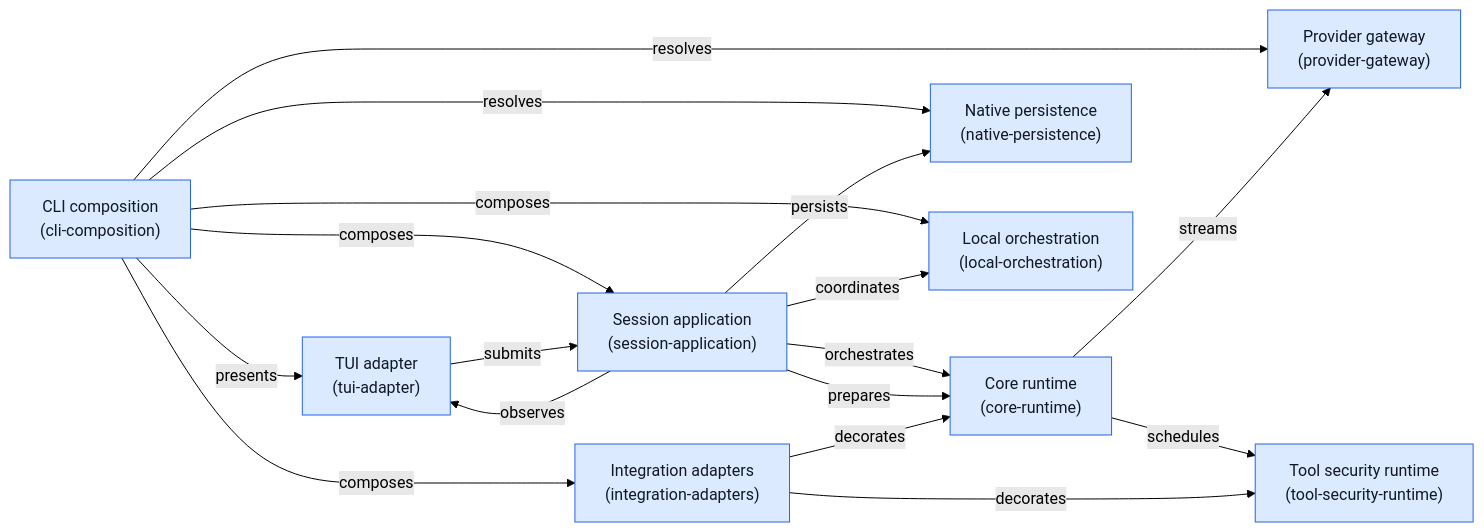
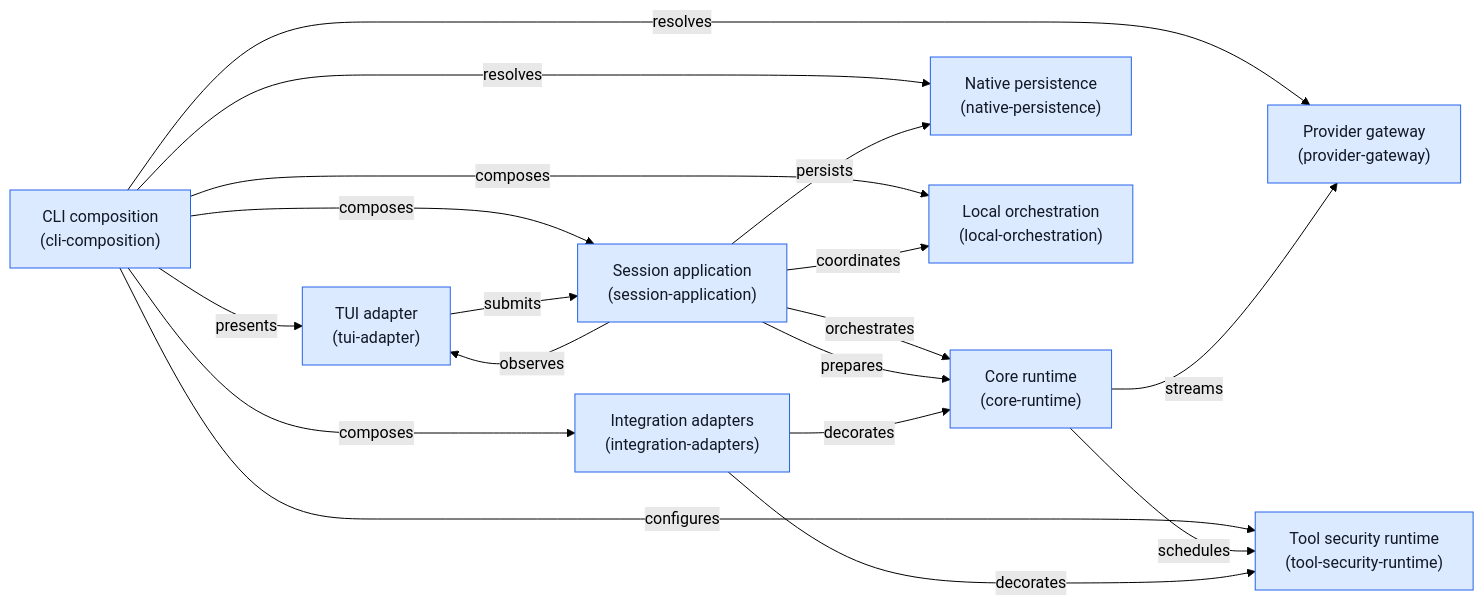
Before and after one commit to Forest-Isle/Praxis: the diagram in docs/architecture/modules.md, drawn with Mermaid (forest theme). The commit also changed other lines of this file and 18 other files, not shown here.

````diff
--- a/docs/architecture/modules.md
+++ b/docs/architecture/modules.md
@@ -5,41 +5,42 @@
 ```mermaid
 flowchart LR
     n_636c692d636f6d706f736974696f6e["CLI composition\n(cli-composition)"]
     n_7475692d61646170746572["TUI adapter\n(tui-adapter)"]
     n_73657373696f6e2d6170706c69636174696f6e["Session application\n(session-application)"]
     n_636f72652d72756e74696d65["Core runtime\n(core-runtime)"]
     n_746f6f6c2d73656375726974792d72756e74696d65["Tool security runtime\n(tool-security-runtime)"]
     n_70726f76696465722d67617465776179["Provider gateway\n(provider-gateway)"]
     n_6e61746976652d70657273697374656e6365["Native persistence\n(native-persistence)"]
     n_696e746567726174696f6e2d6164617074657273["Integration adapters\n(integration-adapters)"]
     n_6c6f63616c2d6f726368657374726174696f6e["Local orchestration\n(local-orchestration)"]
     n_636c692d636f6d706f736974696f6e -->|presents| n_7475692d61646170746572
     n_636c692d636f6d706f736974696f6e -->|composes| n_73657373696f6e2d6170706c69636174696f6e
+    n_636c692d636f6d706f736974696f6e -->|configures| n_746f6f6c2d73656375726974792d72756e74696d65
     n_636c692d636f6d706f736974696f6e -->|resolves| n_70726f76696465722d67617465776179
     n_636c692d636f6d706f736974696f6e -->|composes| n_696e746567726174696f6e2d6164617074657273
     n_636c692d636f6d706f736974696f6e -->|composes| n_6c6f63616c2d6f726368657374726174696f6e
     n_636c692d636f6d706f736974696f6e -->|resolves| n_6e61746976652d70657273697374656e6365
     n_7475692d61646170746572 -->|submits| n_73657373696f6e2d6170706c69636174696f6e
     n_73657373696f6e2d6170706c69636174696f6e -->|observes| n_7475692d61646170746572
     n_73657373696f6e2d6170706c69636174696f6e -->|orchestrates| n_636f72652d72756e74696d65
     n_73657373696f6e2d6170706c69636174696f6e -->|prepares| n_636f72652d72756e74696d65
     n_73657373696f6e2d6170706c69636174696f6e -->|persists| n_6e61746976652d70657273697374656e6365
     n_73657373696f6e2d6170706c69636174696f6e -->|coordinates| n_6c6f63616c2d6f726368657374726174696f6e
     n_636f72652d72756e74696d65 -->|streams| n_70726f76696465722d67617465776179
     n_636f72652d72756e74696d65 -->|schedules| n_746f6f6c2d73656375726974792d72756e74696d65
     n_696e746567726174696f6e2d6164617074657273 -->|decorates| n_636f72652d72756e74696d65
     n_696e746567726174696f6e2d6164617074657273 -->|decorates| n_746f6f6c2d73656375726974792d72756e74696d65
     class n_636c692d636f6d706f736974696f6e module
     class n_7475692d61646170746572 module
     class n_73657373696f6e2d6170706c69636174696f6e module
     class n_636f72652d72756e74696d65 module
     class n_746f6f6c2d73656375726974792d72756e74696d65 module
     class n_70726f76696465722d67617465776179 module
     class n_6e61746976652d70657273697374656e6365 module
     class n_696e746567726174696f6e2d6164617074657273 module
     class n_6c6f63616c2d6f726368657374726174696f6e module
     classDef module fill:#dbeafe,stroke:#2563eb,color:#111827
     classDef external fill:#fef3c7,stroke:#d97706,color:#111827
     classDef store fill:#dcfce7,stroke:#16a34a,color:#111827
     classDef runtime fill:#f3e8ff,stroke:#9333ea,color:#111827
 ```
````
